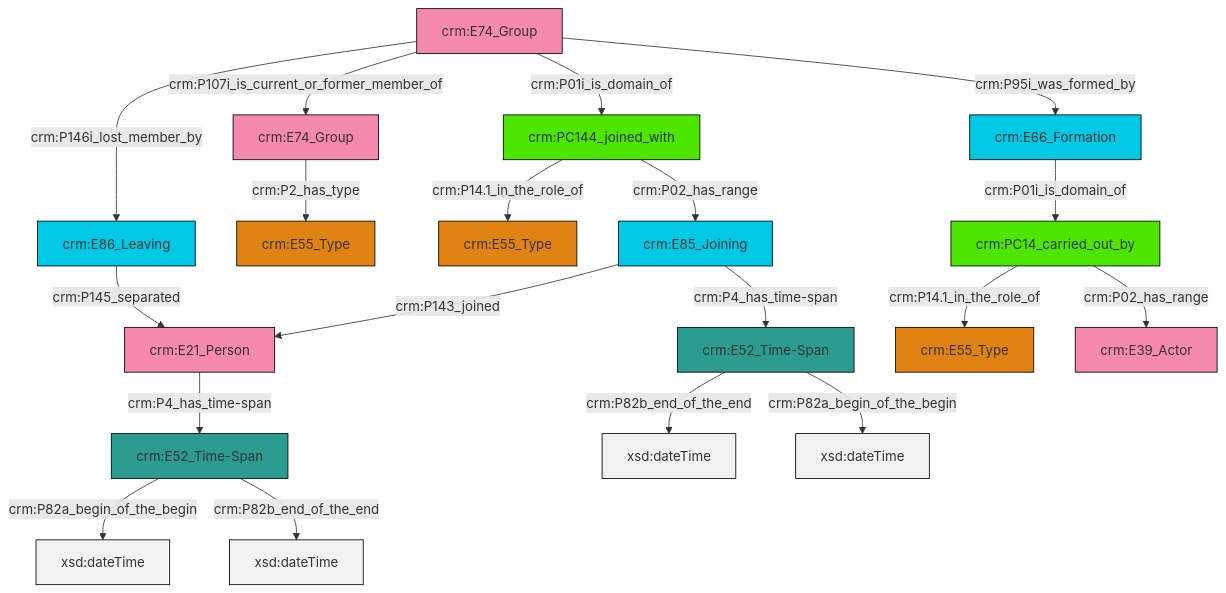
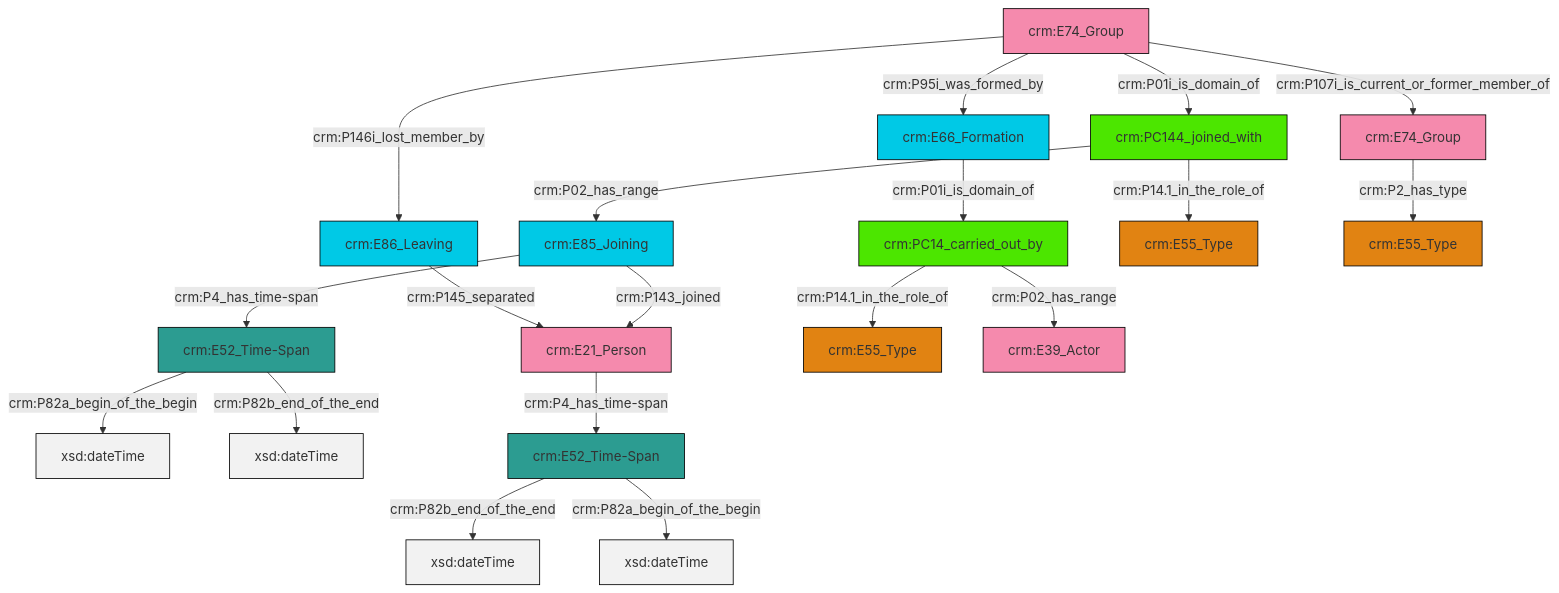
Before and after one commit to swiss-art-research-net/docs.swissartresearch: the diagram in et/groupCSV/ttl/mmd/group_actor_relations.ttl.mmd, drawn with Mermaid. The commit also changed 179 other files, not shown here.

```diff
--- a/et/groupCSV/ttl/mmd/group_actor_relations.ttl.mmd
+++ b/et/groupCSV/ttl/mmd/group_actor_relations.ttl.mmd
@@ -1,33 +1,33 @@
 graph TD
 classDef Literal fill:#f2f2f2,stroke:#000000;
 classDef CRM_Entity fill:#FFFFFF,stroke:#000000;
 classDef Temporal_Entity fill:#00C9E6, stroke:#000000;
 classDef Type fill:#E18312, stroke:#000000;
 classDef Time-Span fill:#2C9C91, stroke:#000000;
 classDef Appellation fill:#FFEB7F, stroke:#000000;
 classDef Place fill:#008836, stroke:#000000;
 classDef Persistent_Item fill:#B266B2, stroke:#000000;
 classDef Conceptual_Object fill:#FFD700, stroke:#000000;
 classDef Physical_Thing fill:#D2B48C, stroke:#000000;
 classDef Actor fill:#f58aad, stroke:#000000;
 classDef PC_Classes fill:#4ce600, stroke:#000000;
 classDef Multi fill:#cccccc,stroke:#000000;
 
-2["crm:E21_Person"]:::Actor -->|crm:P4_has_time-span| 3["crm:E52_Time-Span"]:::Time-Span
-8["crm:E74_Group"]:::Actor -->|crm:P01i_is_domain_of| 9["crm:PC144_joined_with"]:::PC_Classes
-8["crm:E74_Group"]:::Actor -->|crm:P95i_was_formed_by| 4["crm:E66_Formation"]:::Temporal_Entity
-8["crm:E74_Group"]:::Actor -->|crm:P107i_is_current_or_former_member_of| 13["crm:E74_Group"]:::Actor
-14["crm:E86_Leaving"]:::Temporal_Entity -->|crm:P145_separated| 2["crm:E21_Person"]:::Actor
-9["crm:PC144_joined_with"]:::PC_Classes -->|crm:P02_has_range| 0["crm:E85_Joining"]:::Temporal_Entity
-4["crm:E66_Formation"]:::Temporal_Entity -->|crm:P01i_is_domain_of| 16["crm:PC14_carried_out_by"]:::PC_Classes
-17["crm:E52_Time-Span"]:::Time-Span -->|crm:P82b_end_of_the_end| 18[xsd:dateTime]:::Literal
-9["crm:PC144_joined_with"]:::PC_Classes -->|crm:P14.1_in_the_role_of| 11["crm:E55_Type"]:::Type
-0["crm:E85_Joining"]:::Temporal_Entity -->|crm:P143_joined| 2["crm:E21_Person"]:::Actor
-3["crm:E52_Time-Span"]:::Time-Span -->|crm:P82a_begin_of_the_begin| 25[xsd:dateTime]:::Literal
-8["crm:E74_Group"]:::Actor -->|crm:P146i_lost_member_by| 14["crm:E86_Leaving"]:::Temporal_Entity
-13["crm:E74_Group"]:::Actor -->|crm:P2_has_type| 6["crm:E55_Type"]:::Type
-17["crm:E52_Time-Span"]:::Time-Span -->|crm:P82a_begin_of_the_begin| 26[xsd:dateTime]:::Literal
-3["crm:E52_Time-Span"]:::Time-Span -->|crm:P82b_end_of_the_end| 30[xsd:dateTime]:::Literal
-16["crm:PC14_carried_out_by"]:::PC_Classes -->|crm:P02_has_range| 23["crm:E39_Actor"]:::Actor
-16["crm:PC14_carried_out_by"]:::PC_Classes -->|crm:P14.1_in_the_role_of| 20["crm:E55_Type"]:::Type
-0["crm:E85_Joining"]:::Temporal_Entity -->|crm:P4_has_time-span| 17["crm:E52_Time-Span"]:::Time-Span
+0["crm:E52_Time-Span"]:::Time-Span -->|crm:P82a_begin_of_the_begin| 1[xsd:dateTime]:::Literal
+2["crm:E74_Group"]:::Actor -->|crm:P146i_lost_member_by| 3["crm:E86_Leaving"]:::Temporal_Entity
+6["crm:E66_Formation"]:::Temporal_Entity -->|crm:P01i_is_domain_of| 7["crm:PC14_carried_out_by"]:::PC_Classes
+3["crm:E86_Leaving"]:::Temporal_Entity -->|crm:P145_separated| 4["crm:E21_Person"]:::Actor
+0["crm:E52_Time-Span"]:::Time-Span -->|crm:P82b_end_of_the_end| 10[xsd:dateTime]:::Literal
+13["crm:PC144_joined_with"]:::PC_Classes -->|crm:P14.1_in_the_role_of| 14["crm:E55_Type"]:::Type
+11["crm:E85_Joining"]:::Temporal_Entity -->|crm:P143_joined| 4["crm:E21_Person"]:::Actor
+4["crm:E21_Person"]:::Actor -->|crm:P4_has_time-span| 23["crm:E52_Time-Span"]:::Time-Span
+15["crm:E74_Group"]:::Actor -->|crm:P2_has_type| 24["crm:E55_Type"]:::Type
+23["crm:E52_Time-Span"]:::Time-Span -->|crm:P82b_end_of_the_end| 25[xsd:dateTime]:::Literal
+13["crm:PC144_joined_with"]:::PC_Classes -->|crm:P02_has_range| 11["crm:E85_Joining"]:::Temporal_Entity
+11["crm:E85_Joining"]:::Temporal_Entity -->|crm:P4_has_time-span| 0["crm:E52_Time-Span"]:::Time-Span
+23["crm:E52_Time-Span"]:::Time-Span -->|crm:P82a_begin_of_the_begin| 27[xsd:dateTime]:::Literal
+2["crm:E74_Group"]:::Actor -->|crm:P107i_is_current_or_former_member_of| 15["crm:E74_Group"]:::Actor
+7["crm:PC14_carried_out_by"]:::PC_Classes -->|crm:P14.1_in_the_role_of| 8["crm:E55_Type"]:::Type
+7["crm:PC14_carried_out_by"]:::PC_Classes -->|crm:P02_has_range| 17["crm:E39_Actor"]:::Actor
+2["crm:E74_Group"]:::Actor -->|crm:P95i_was_formed_by| 6["crm:E66_Formation"]:::Temporal_Entity
+2["crm:E74_Group"]:::Actor -->|crm:P01i_is_domain_of| 13["crm:PC144_joined_with"]:::PC_Classes
```
